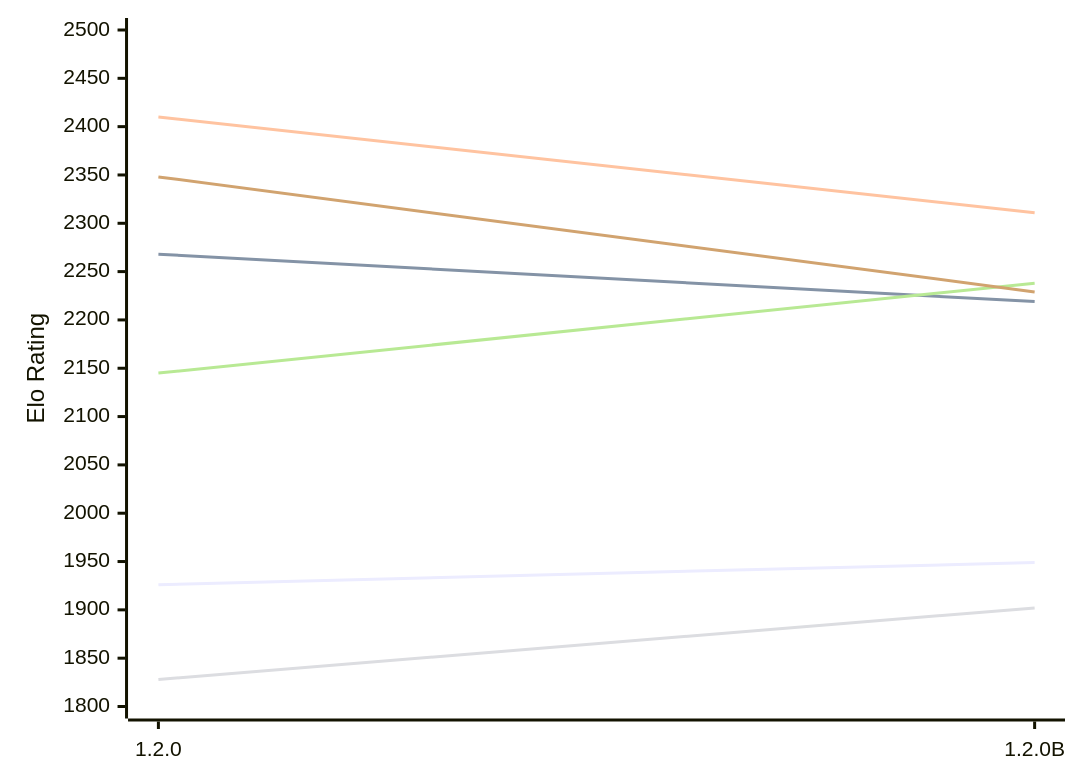
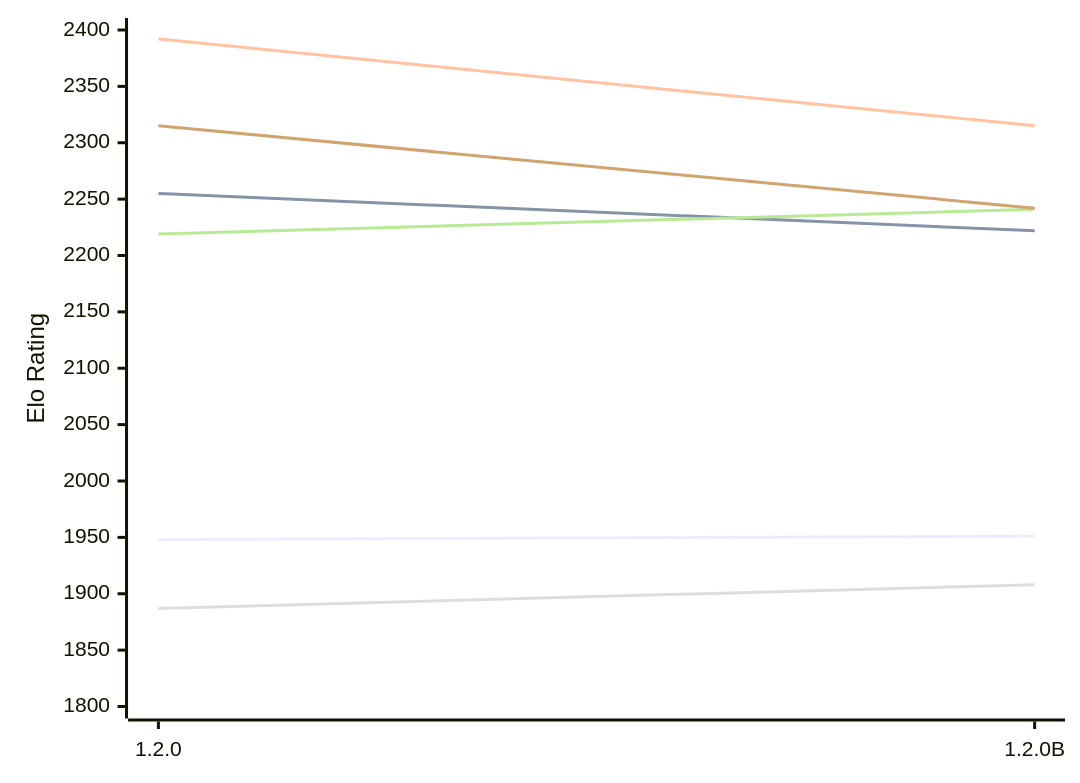
The first of 2 diagrams in engines/Soomi.md (computer-chess-index/cci), drawn with Mermaid before and after one commit. The commit also changed other lines of this file, not shown here.

Commit message:
Update CCI Ratings (ELO VLTC) - 2026-11-17

````diff
--- a/engines/Soomi.md
+++ b/engines/Soomi.md
@@ -53,12 +53,12 @@
 ```mermaid
 %%{init: {"theme":"base","themeVariables":{"seriesColors:['#a3a3a3','#222221','#faa371']}}}%%
 xychart-beta
   x-axis ["1.2.0", "1.2.0B"]
-  y-axis "Elo Rating" 1800 --> 2500
-  line "E1: STC (8.0+0.08s)" [1926, 1949]
-  line "E1: LTC (60.0+0.60s)" [2268, 2219]
-  line "E1: VLTC (2m24s+1.12s)" [2410, 2311]
-  line "P1: STC (8.0+0.08s)" [1828, 1902]
-  line "P1: LTC (60.0+0.60s)" [2145, 2238]
-  line "P1: VLTC (2m24s+1.12s)" [2348, 2229]
+  y-axis "Elo Rating" 1800 --> 2400
+  line "E1: STC (8.0+0.08s)" [1948, 1951]
+  line "E1: LTC (60.0+0.60s)" [2255, 2222]
+  line "E1: VLTC (2m24s+1.12s)" [2392, 2315]
+  line "P1: STC (8.0+0.08s)" [1887, 1908]
+  line "P1: LTC (60.0+0.60s)" [2219, 2241]
+  line "P1: VLTC (2m24s+1.12s)" [2315, 2242]
 ```
````
